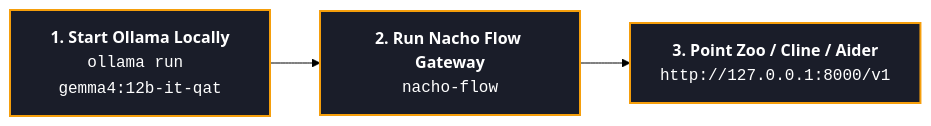
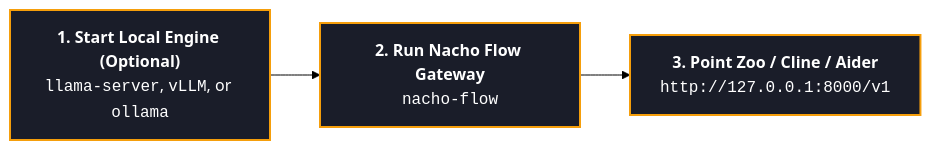
The first of 4 diagrams in site/docs/USER_GUIDE.md (dixieflatline76/nacho-flow), drawn with Mermaid (forest theme) before and after one commit. The commit also changed other lines of this file and 148 other files, not shown here.

````diff
--- a/site/docs/USER_GUIDE.md
+++ b/site/docs/USER_GUIDE.md
@@ -32,11 +32,11 @@
 ```mermaid
 flowchart LR
-    Step1["<b>1. Start Ollama Locally</b><br/><code>ollama run gemma4:12b-it-qat</code>"]
+    Step1["<b>1. Start Local Engine (Optional)</b><br/><code>llama-server</code>, <code>vLLM</code>, or <code>ollama</code>"]
     Step2["<b>2. Run Nacho Flow Gateway</b><br/><code>nacho-flow</code>"]
     Step3["<b>3. Point Zoo / Cline / Aider</b><br/><code>http://127.0.0.1:8000/v1</code>"]
 
     Step1 --> Step2 --> Step3
 
     classDef step fill:#1a1d29,stroke:#f59e0b,stroke-width:2px,color:#ffffff;
     class Step1,Step2,Step3 step;
 ```
````
